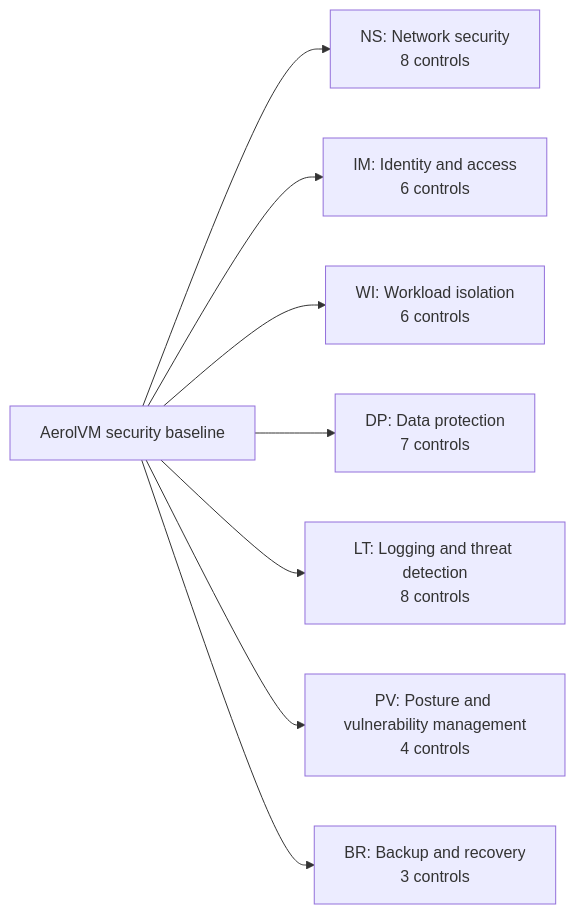
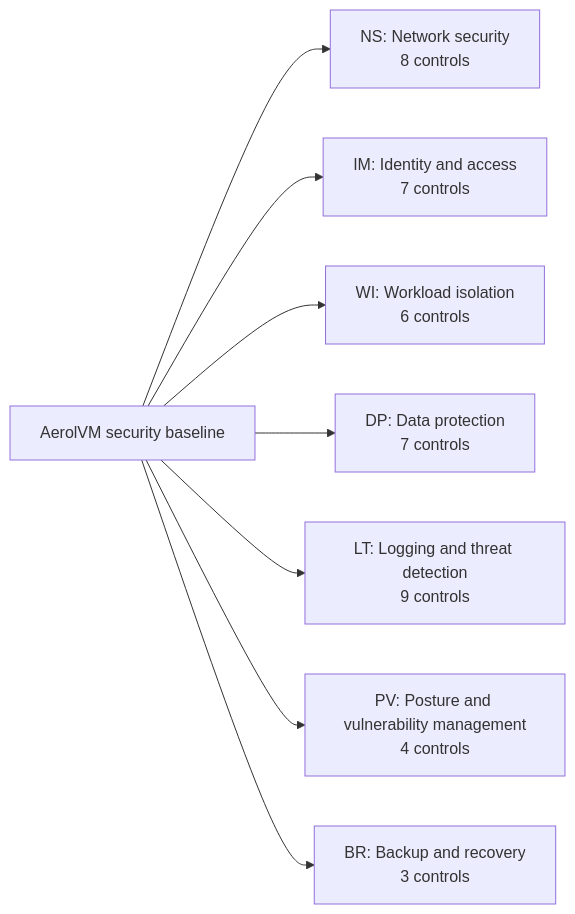
Before and after one commit to aerol-ai/microvm: the first of 4 diagrams in docs/src/content/docs/enterprise/security-controls.mdx, drawn with Mermaid. The commit also changed other lines of this file and 15 other files, not shown here.

````diff
--- a/docs/src/content/docs/enterprise/security-controls.mdx
+++ b/docs/src/content/docs/enterprise/security-controls.mdx
@@ -20,10 +20,10 @@
 ```mermaid
 flowchart LR
     B["AerolVM security baseline"] --> NS["NS: Network security<br/>8 controls"]
-    B --> IM["IM: Identity and access<br/>6 controls"]
+    B --> IM["IM: Identity and access<br/>7 controls"]
     B --> WI["WI: Workload isolation<br/>6 controls"]
     B --> DP["DP: Data protection<br/>7 controls"]
-    B --> LT["LT: Logging and threat detection<br/>8 controls"]
+    B --> LT["LT: Logging and threat detection<br/>9 controls"]
     B --> PV["PV: Posture and vulnerability management<br/>4 controls"]
     B --> BR["BR: Backup and recovery<br/>3 controls"]
 ```
````
